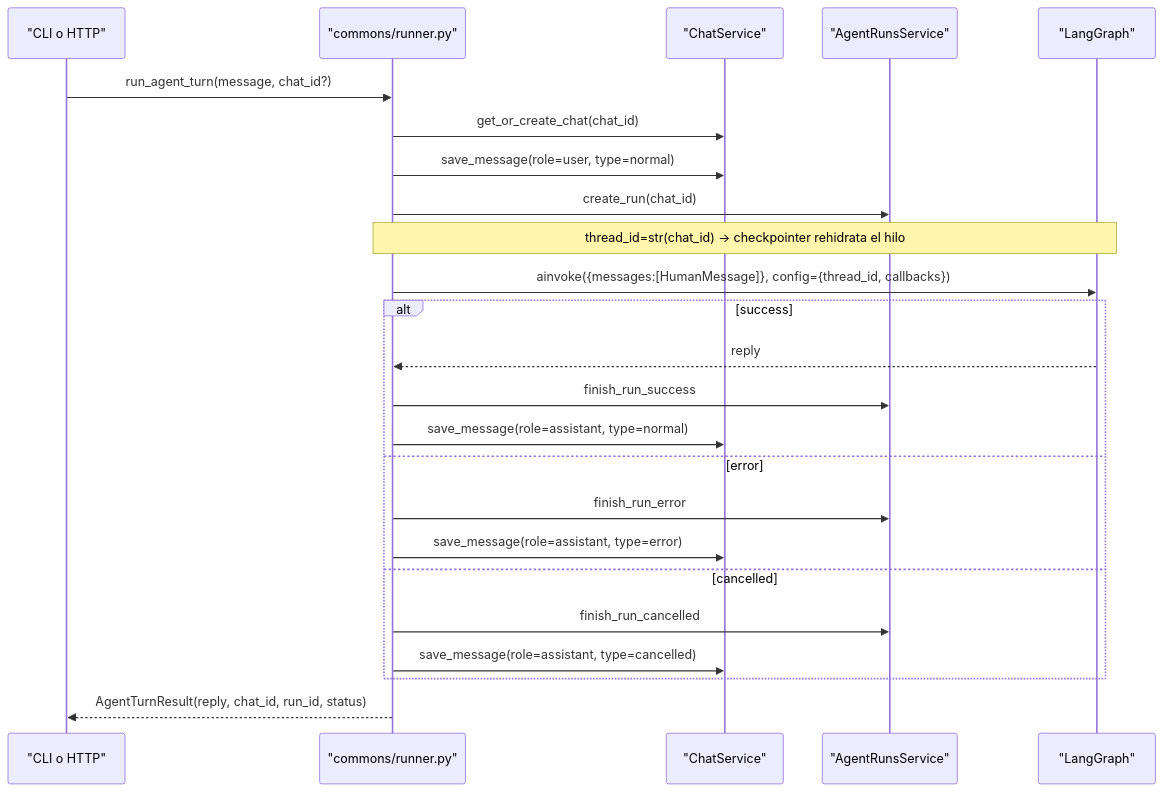
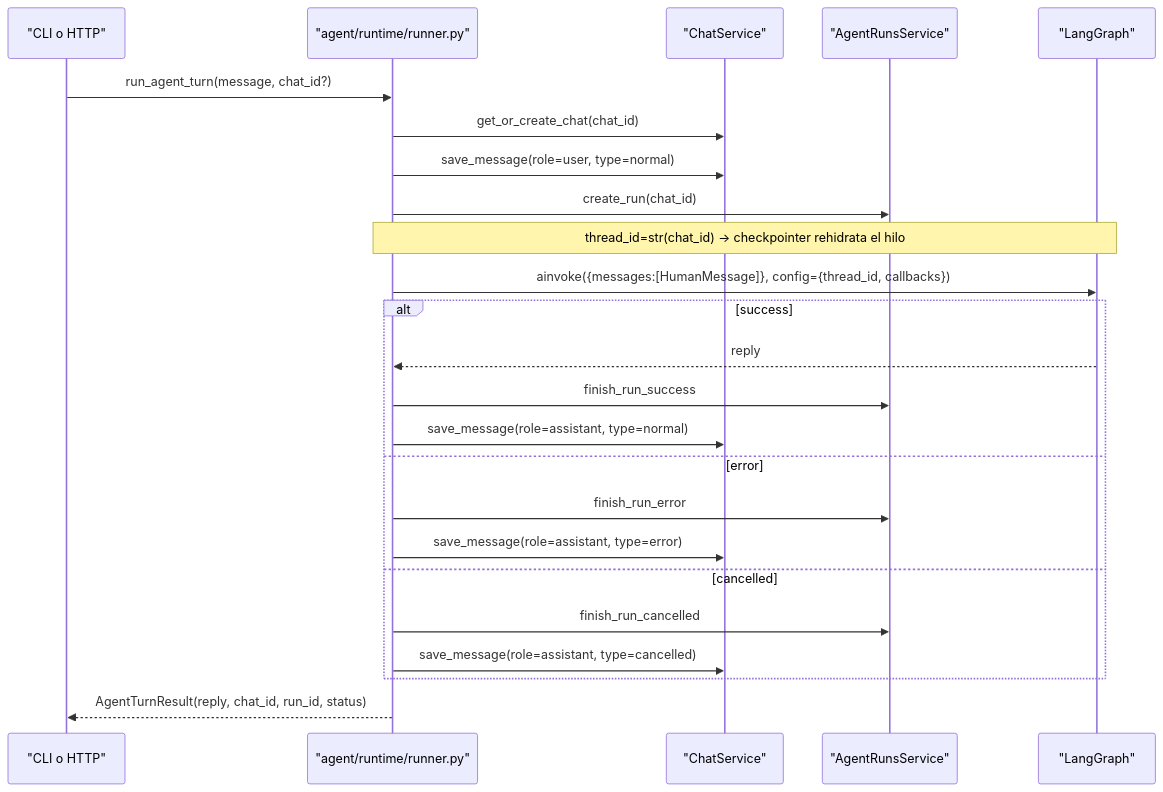
Before and after one commit to juanca3923/hk-mailer-bmc-agent: the second of 6 diagrams in docs/ARCHITECTURE.md, drawn with Mermaid. The commit also changed other lines of this file and 130 other files, not shown here.

````diff
--- a/docs/ARCHITECTURE.md
+++ b/docs/ARCHITECTURE.md
@@ -200,27 +200,27 @@
 ```mermaid
 sequenceDiagram
     participant Caller as "CLI o HTTP"
-    participant Runner as "commons/runner.py"
+    participant Runner as "agent/runtime/runner.py"
     participant ChatSvc as "ChatService"
     participant RunSvc as "AgentRunsService"
     participant Graph as "LangGraph"
 
     Caller->>Runner: run_agent_turn(message, chat_id?)
     Runner->>ChatSvc: get_or_create_chat(chat_id)
     Runner->>ChatSvc: save_message(role=user, type=normal)
     Runner->>RunSvc: create_run(chat_id)
     Note over Runner,Graph: thread_id=str(chat_id) → checkpointer rehidrata el hilo
     Runner->>Graph: ainvoke({messages:[HumanMessage]}, config={thread_id, callbacks})
     alt success
         Graph-->>Runner: reply
         Runner->>RunSvc: finish_run_success
         Runner->>ChatSvc: save_message(role=assistant, type=normal)
     else error
         Runner->>RunSvc: finish_run_error
         Runner->>ChatSvc: save_message(role=assistant, type=error)
     else cancelled
         Runner->>RunSvc: finish_run_cancelled
         Runner->>ChatSvc: save_message(role=assistant, type=cancelled)
     end
     Runner-->>Caller: AgentTurnResult(reply, chat_id, run_id, status)
 ```
````
